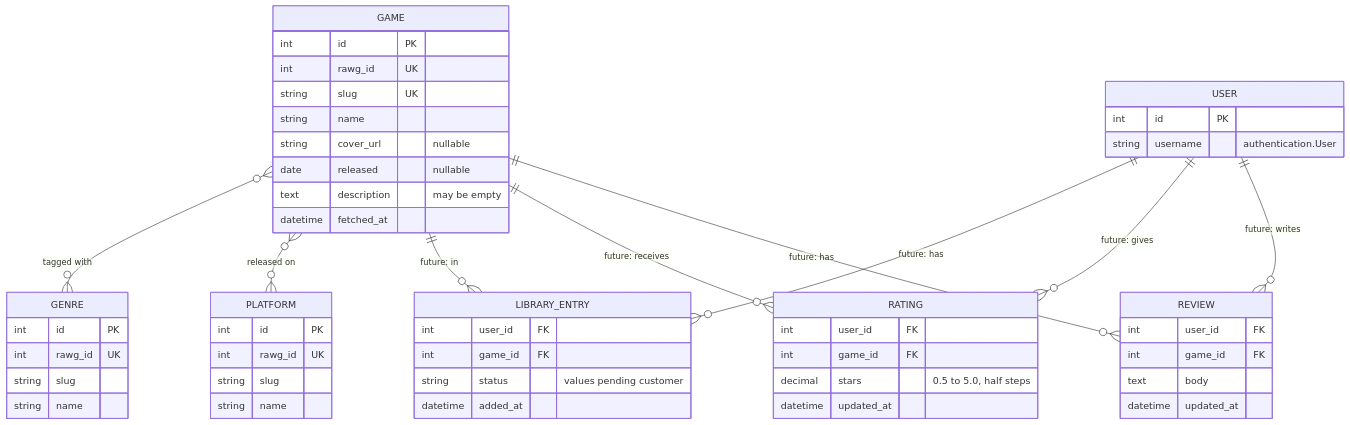
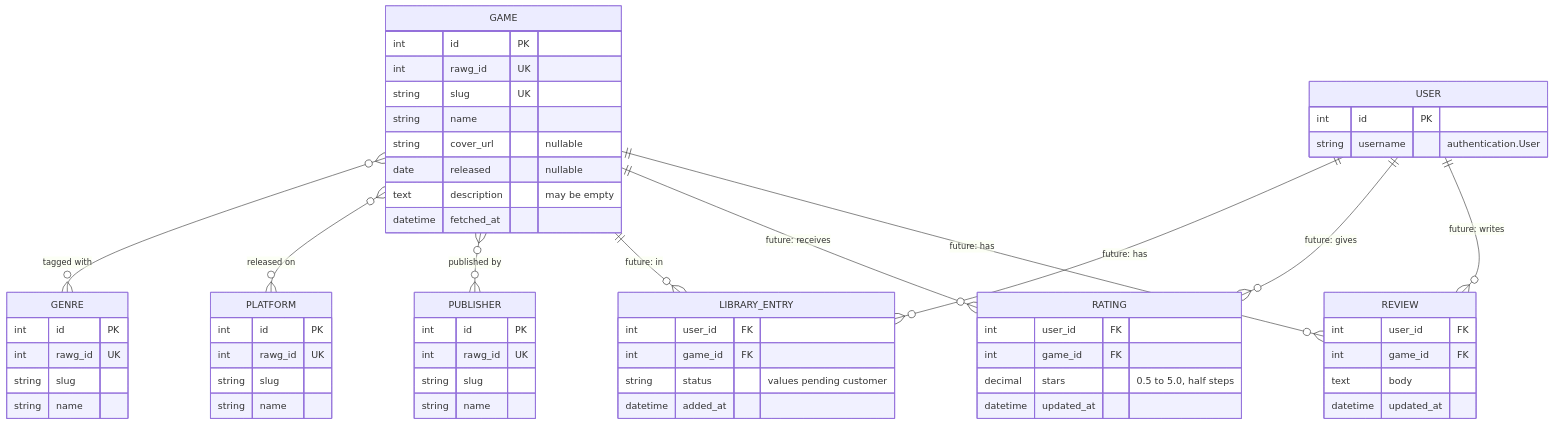
The first of 4 diagrams in docs/design/game-catalog.md (CS4300-CS5300-FA26/team-5), drawn with Mermaid before and after one commit. The commit also changed other lines of this file, not shown here.

First line of the commit message:
Scope the game catalog design to Sprint 1 search and saving

````diff
--- a/docs/design/game-catalog.md
+++ b/docs/design/game-catalog.md
@@ -52,55 +67,62 @@
 ```mermaid
 erDiagram
   GAME }o--o{ GENRE : "tagged with"
   GAME }o--o{ PLATFORM : "released on"
+  GAME }o--o{ PUBLISHER : "published by"
   USER ||--o{ LIBRARY_ENTRY : "future: has"
   GAME ||--o{ LIBRARY_ENTRY : "future: in"
   USER ||--o{ RATING : "future: gives"
   GAME ||--o{ RATING : "future: receives"
   USER ||--o{ REVIEW : "future: writes"
   GAME ||--o{ REVIEW : "future: has"
   GAME {
     int id PK
     int rawg_id UK
     string slug UK
     string name
     string cover_url "nullable"
     date released "nullable"
     text description "may be empty"
     datetime fetched_at
   }
   GENRE {
     int id PK
     int rawg_id UK
     string slug
     string name
   }
   PLATFORM {
     int id PK
     int rawg_id UK
     string slug
     string name
   }
+  PUBLISHER {
+    int id PK
+    int rawg_id UK
+    string slug
+    string name
+  }
   USER {
     int id PK
     string username "authentication.User"
   }
   LIBRARY_ENTRY {
     int user_id FK
     int game_id FK
     string status "values pending customer"
     datetime added_at
   }
   RATING {
     int user_id FK
     int game_id FK
     decimal stars "0.5 to 5.0, half steps"
     datetime updated_at
   }
   REVIEW {
     int user_id FK
     int game_id FK
     text body
     datetime updated_at
   }
 ```
````
